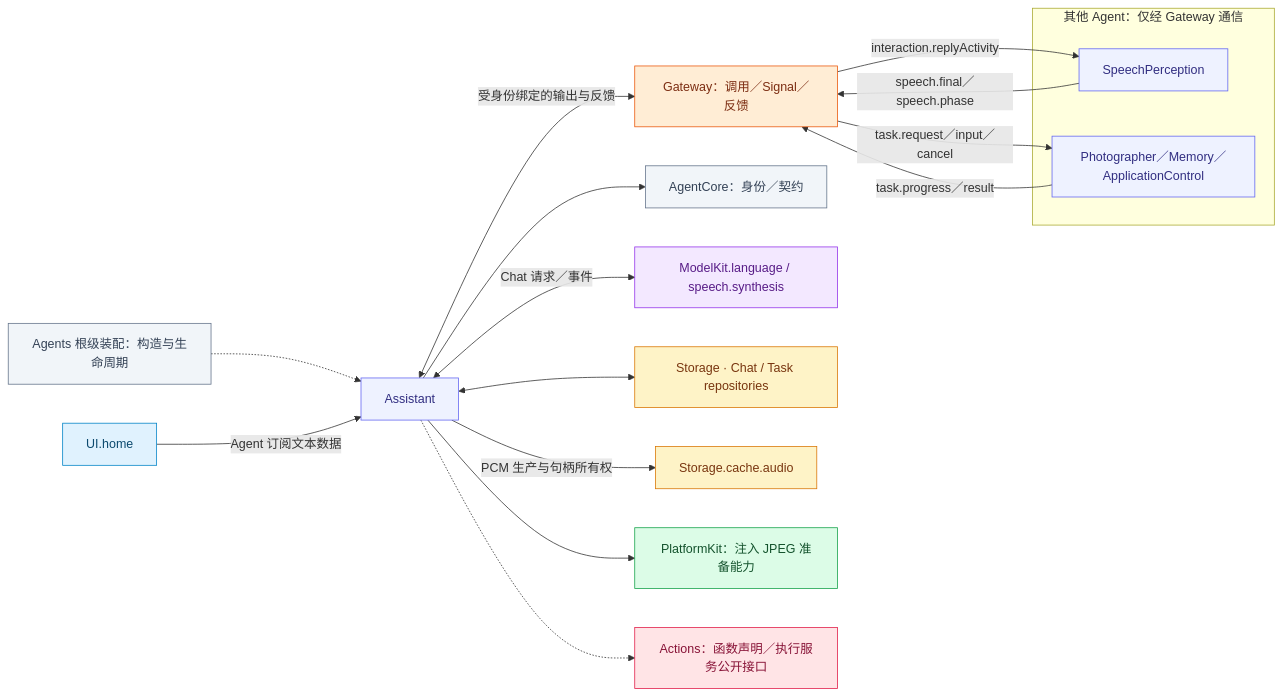
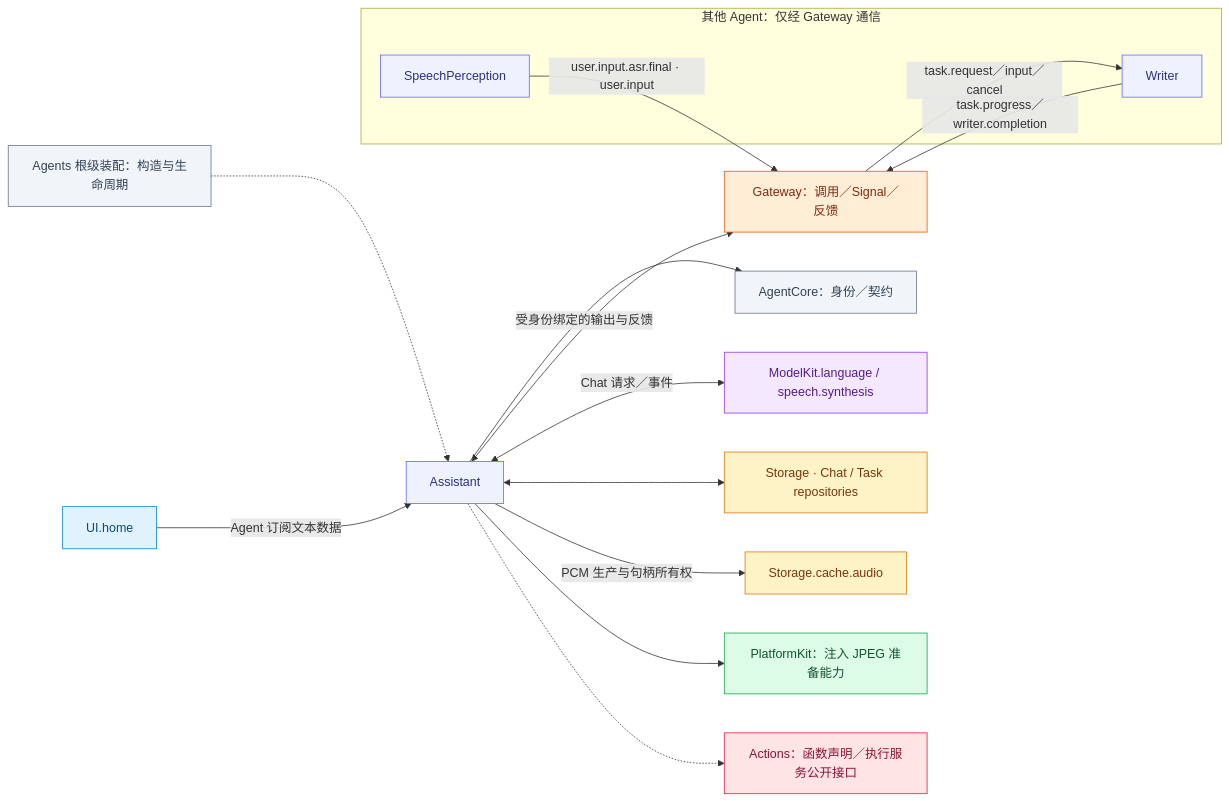
One commit to devilyouwei/MobileHarness changed the first of 3 diagrams in MobileHarness/Agents/Assistant/README.md. Above: the diagram before and after it, drawn with Mermaid. The commit also changed other lines of this file and 152 other files, not shown here.

First line of the commit message:
Consolidate agent prompts and refine interaction workflows

````diff
--- a/MobileHarness/Agents/Assistant/README.md
+++ b/MobileHarness/Agents/Assistant/README.md
@@ -35,39 +35,38 @@
 ```mermaid
 flowchart LR
  A["Assistant"]:::agent
  G["Gateway：调用／Signal／反馈"]:::gateway
  C["AgentCore：身份／契约"]:::host
  H["Agents 根级装配：构造与生命周期"]:::host
  H -.-> A
  A --> C
  A <-->|"受身份绑定的输出与反馈"| G
  U["UI.home"]:::ui
  U -->|"Agent 订阅文本数据"| A
  M["ModelKit.language / speech.synthesis"]:::model
  A <-->|"Chat 请求／事件"| M
  S["Storage · Chat / Task repositories"]:::storage
  A <--> S
  AC["Storage.cache.audio"]:::storage
  A -->|"PCM 生产与句柄所有权"| AC
  P["PlatformKit：注入 JPEG 准备能力"]:::platform
  A --> P
  X["Actions：函数声明／执行服务公开接口"]:::action
  A -.-> X
  subgraph Peers["其他 Agent：仅经 Gateway 通信"]
  SP["SpeechPerception"]:::agent
- Fixed["Photographer／Memory／ApplicationControl"]:::agent
+ W["Writer"]:::agent
  end
- SP -->|"speech.final／speech.phase"| G
- G -->|"interaction.replyActivity"| SP
- G -->|"task.request／input／cancel"| Fixed
- Fixed -->|"task.progress／result"| G
+ SP -->|"user.input.asr.final · user.input"| G
+ G -->|"task.request／input／cancel"| W
+ W -->|"task.progress／writer.completion"| G
 
  classDef ui fill:#e0f2fe,stroke:#0284c7,color:#0c4a6e
  classDef platform fill:#dcfce7,stroke:#16a34a,color:#14532d
  classDef model fill:#f3e8ff,stroke:#9333ea,color:#581c87
  classDef storage fill:#fef3c7,stroke:#d97706,color:#78350f
  classDef agent fill:#eef2ff,stroke:#6366f1,color:#312e81
  classDef gateway fill:#ffedd5,stroke:#ea580c,color:#7c2d12
  classDef action fill:#ffe4e6,stroke:#e11d48,color:#881337
  classDef host fill:#f1f5f9,stroke:#64748b,color:#334155
 ```
````
